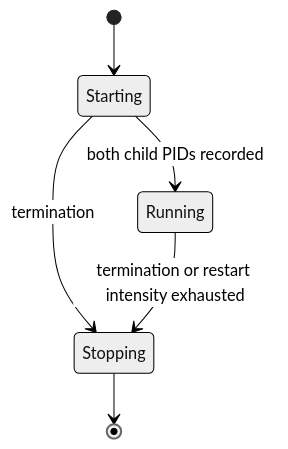
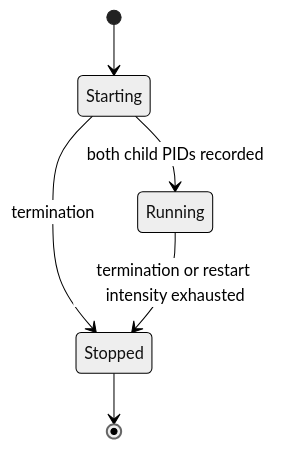
Before and after one commit to HarishHary/blink: the second of 4 diagrams in docs/internals/snapshot-runtime.md, drawn with Mermaid (neutral theme). The commit also changed other lines of this file and 5 other files, not shown here.

````diff
--- a/docs/internals/snapshot-runtime.md
+++ b/docs/internals/snapshot-runtime.md
@@ -62,8 +62,8 @@
 ```mermaid
 stateDiagram-v2
     [*] --> Starting
     Starting --> Running: both child PIDs recorded
-    Starting --> Stopping: termination
-    Running --> Stopping: termination or restart intensity exhausted
-    Stopping --> [*]
+    Starting --> Stopped: termination
+    Running --> Stopped: termination or restart intensity exhausted
+    Stopped --> [*]
 ```
````
